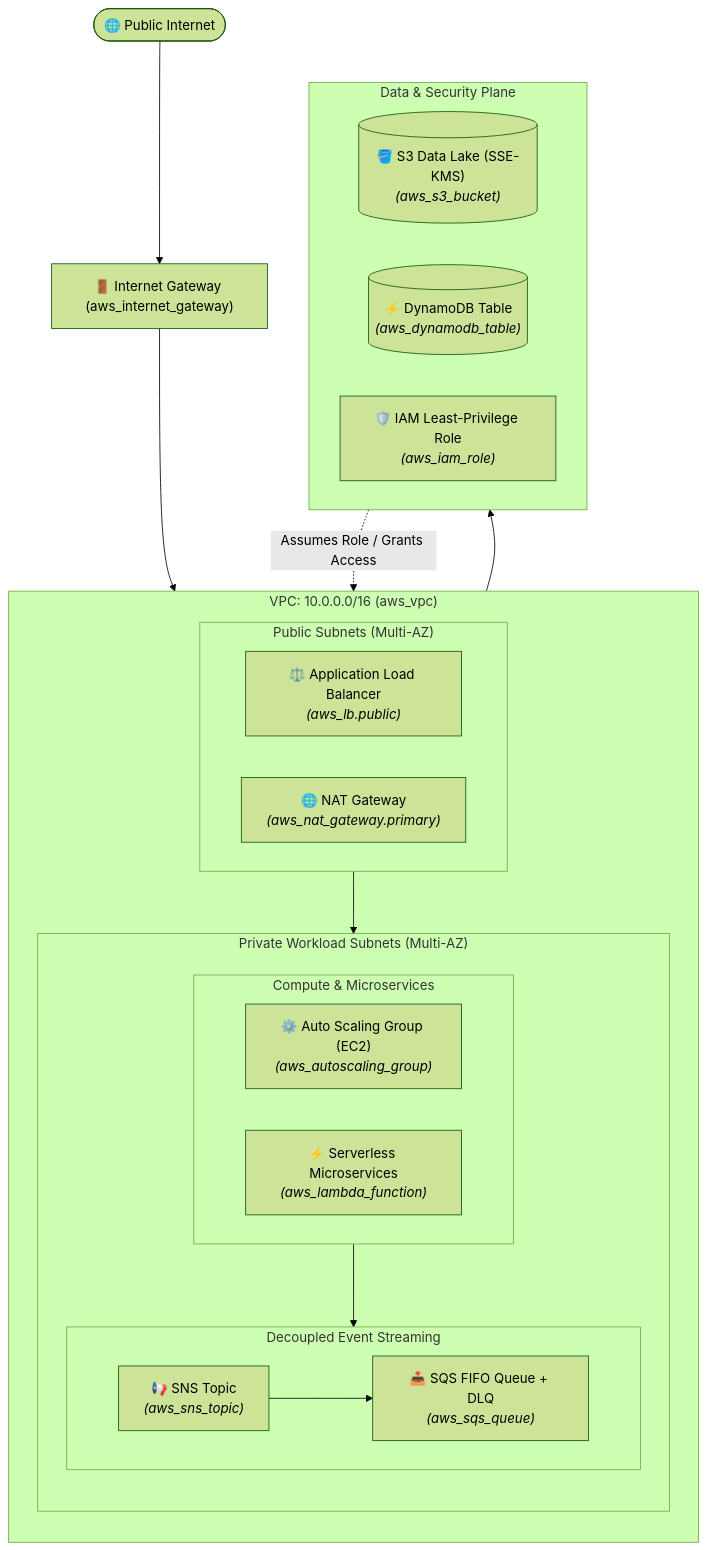
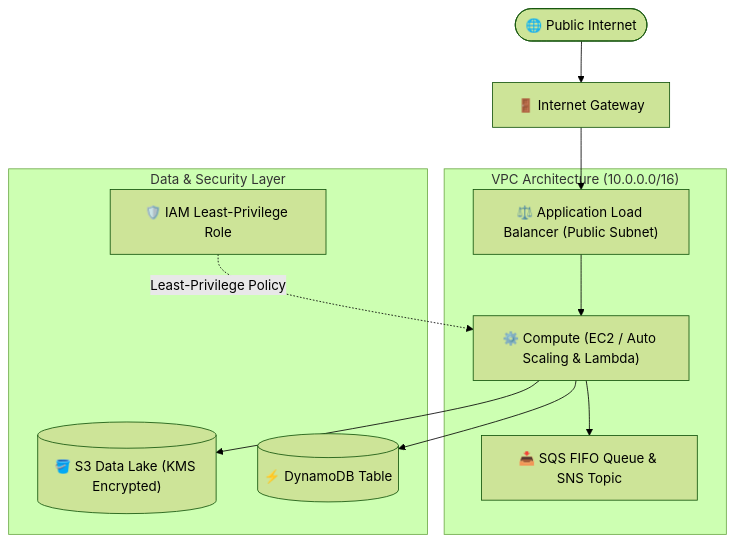
The diagram in docs/guides/14-aws-architecture.md (dnf0/terralings), drawn with Mermaid (forest theme) before and after one commit. The commit also changed other lines of this file and 18 other files, not shown here.

First line of the commit message:
docs(guides): simplify mermaid diagrams and add conceptual breakdowns (#24)

````diff
--- a/docs/guides/14-aws-architecture.md
+++ b/docs/guides/14-aws-architecture.md
@@ -17,43 +17,19 @@
 ```mermaid
 flowchart TD
-    Internet(["🌐 Public Internet"]) --> IGW["🚪 Internet Gateway (aws_internet_gateway)"]
+    Internet(["🌐 Public Internet"]) --> IGW["🚪 Internet Gateway"]
+    IGW --> ALB["⚖️ Application Load Balancer (Public Subnet)"]
 
-    subgraph VPC["VPC: 10.0.0.0/16 (aws_vpc)"]
-        direction TB
-
-        subgraph PublicSubnets["Public Subnets (Multi-AZ)"]
-            direction LR
-            ALB["⚖️ Application Load Balancer<br/><i>(aws_lb.public)</i>"]
-            NAT["🌐 NAT Gateway<br/><i>(aws_nat_gateway.primary)</i>"]
-        end
-
-        subgraph PrivateSubnets["Private Workload Subnets (Multi-AZ)"]
-            direction TB
-            subgraph ComputeTier["Compute & Microservices"]
-                direction LR
-                ASG["⚙️ Auto Scaling Group (EC2)<br/><i>(aws_autoscaling_group)</i>"]
-                Lambda["⚡ Serverless Microservices<br/><i>(aws_lambda_function)</i>"]
-            end
-
-            subgraph AsyncMessaging["Decoupled Event Streaming"]
-                direction LR
-                SNS["📢 SNS Topic<br/><i>(aws_sns_topic)</i>"]
-                SQS["📥 SQS FIFO Queue + DLQ<br/><i>(aws_sqs_queue)</i>"]
-                SNS --> SQS
-            end
-        end
+    subgraph VPC["VPC Architecture (10.0.0.0/16)"]
+        ALB --> Compute["⚙️ Compute (EC2 / Auto Scaling & Lambda)"]
+        Compute --> Queue["📥 SQS FIFO Queue & SNS Topic"]
     end
 
-    subgraph DataSecurity["Data & Security Plane"]
-        direction LR
-        S3[("🪣 S3 Data Lake (SSE-KMS)<br/><i>(aws_s3_bucket)</i>")]
-        DDB[("⚡ DynamoDB Table<br/><i>(aws_dynamodb_table)</i>")]
-        IAM["🛡️ IAM Least-Privilege Role<br/><i>(aws_iam_role)</i>"]
+    subgraph DataSecurity["Data & Security Layer"]
+        S3[("🪣 S3 Data Lake (KMS Encrypted)")]
+        DDB[("⚡ DynamoDB Table")]
+        IAM["🛡️ IAM Least-Privilege Role"]
     end
 
-    IGW --> ALB
-    ALB --> ComputeTier
-    ComputeTier --> AsyncMessaging
-    ComputeTier --> DataSecurity
-    IAM -.->|"Assumes Role / Grants Access"| ComputeTier
+    Compute --> S3 & DDB
+    IAM -.->|"Least-Privilege Policy"| Compute
 ```
````
